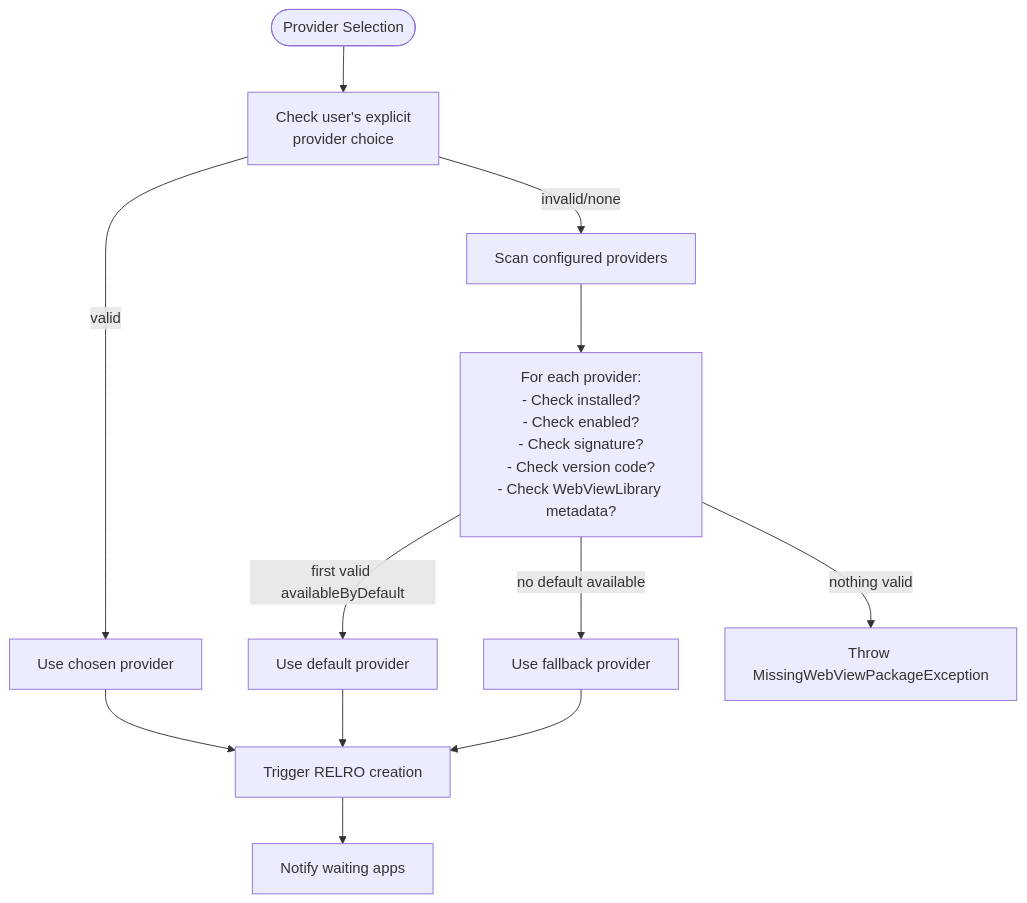
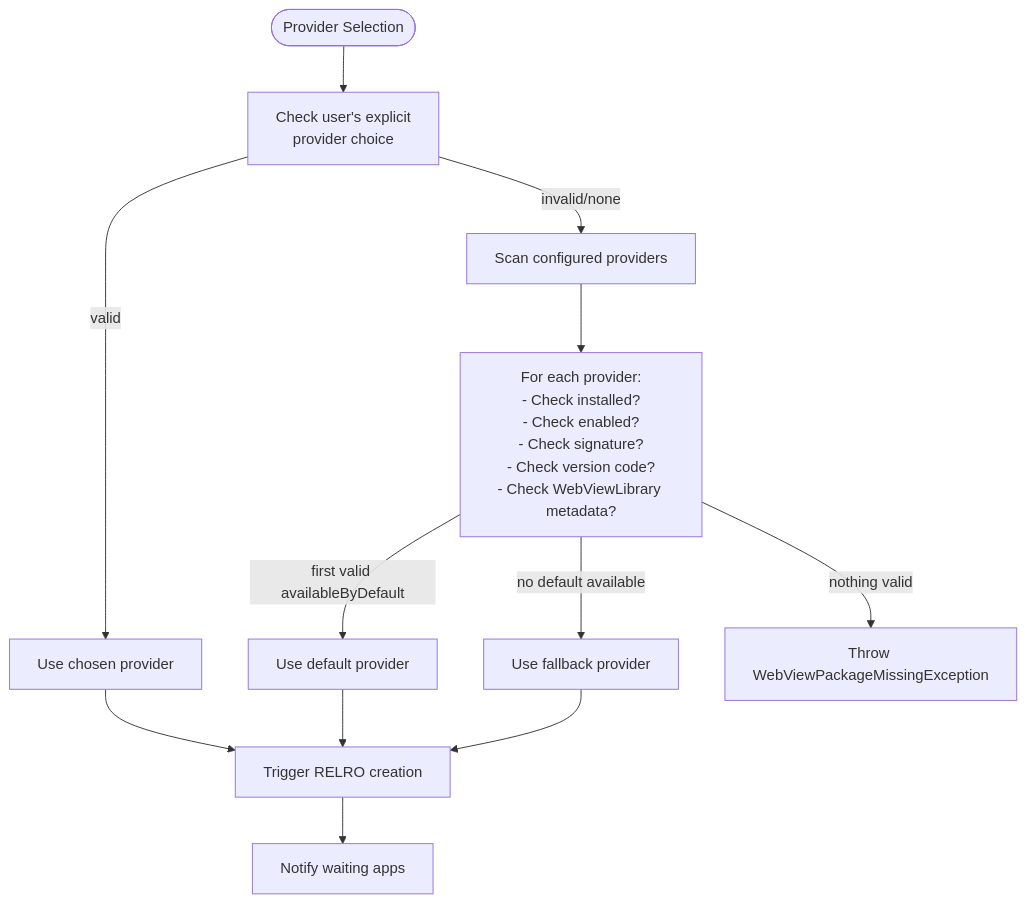
Before and after one commit to aospbooks/aosp-internal-book: the sixth of 18 diagrams in agents/claude/skills/aosp-ui-framework/45-webview.md, drawn with Mermaid. The commit also changed other lines of this file and 137 other files, not shown here.

````diff
--- a/agents/claude/skills/aosp-ui-framework/45-webview.md
+++ b/agents/claude/skills/aosp-ui-framework/45-webview.md
@@ -710,18 +710,18 @@
 ```mermaid
 flowchart TD
     START([Provider Selection]) --> CHECK_USER["Check user's explicit<br/>provider choice"]
     CHECK_USER -->|valid| USE_CHOSEN["Use chosen provider"]
     CHECK_USER -->|invalid/none| SCAN["Scan configured providers"]
 
     SCAN --> VALIDATE["For each provider:<br/>- Check installed?<br/>- Check enabled?<br/>- Check signature?<br/>- Check version code?<br/>- Check WebViewLibrary metadata?"]
 
     VALIDATE -->|first valid availableByDefault| USE_DEFAULT["Use default provider"]
     VALIDATE -->|no default available| USE_FALLBACK["Use fallback provider"]
-    VALIDATE -->|nothing valid| THROW["Throw MissingWebViewPackageException"]
+    VALIDATE -->|nothing valid| THROW["Throw WebViewPackageMissingException"]
 
     USE_CHOSEN --> RELRO["Trigger RELRO creation"]
     USE_DEFAULT --> RELRO
     USE_FALLBACK --> RELRO
 
     RELRO --> NOTIFY["Notify waiting apps"]
 ```
````
